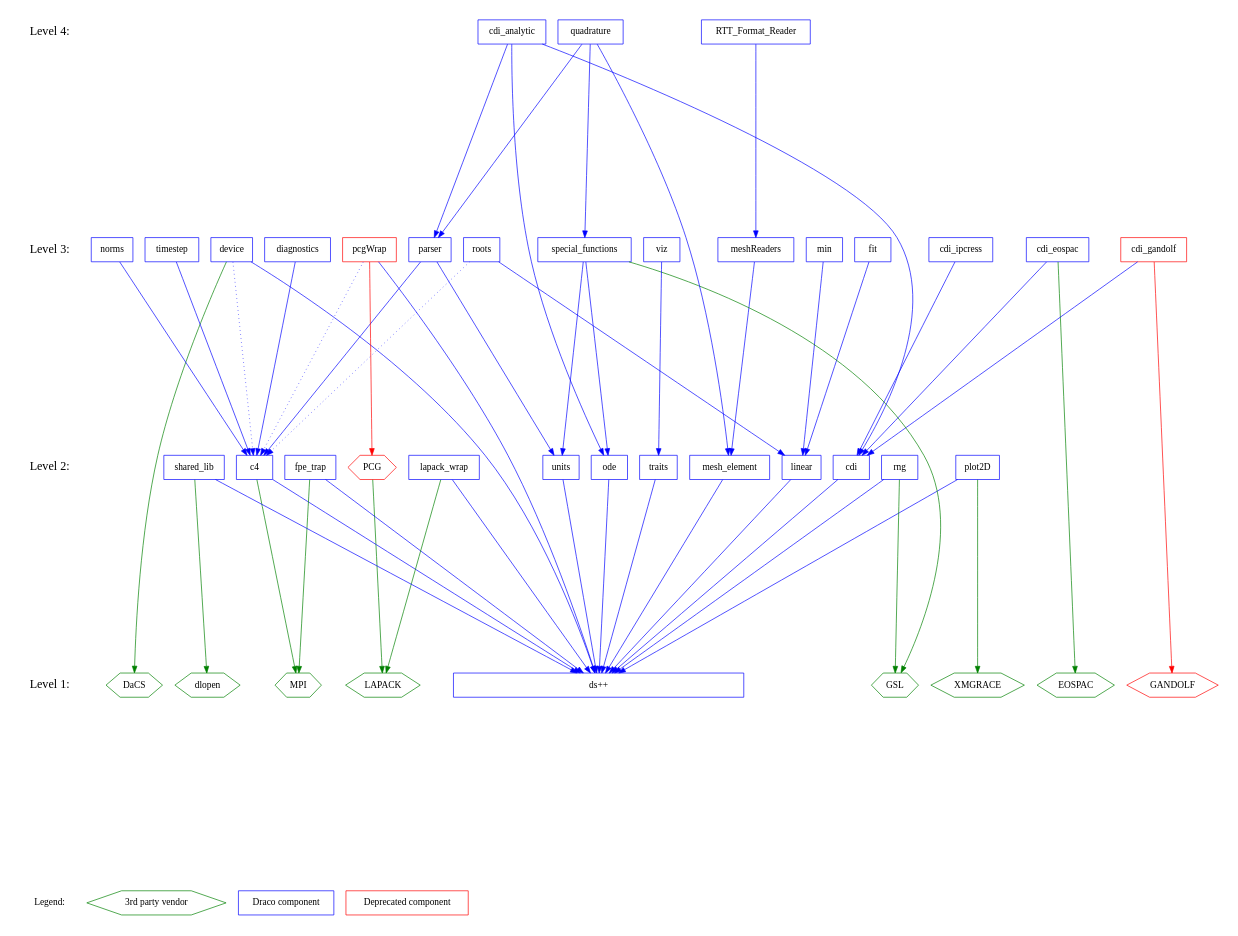
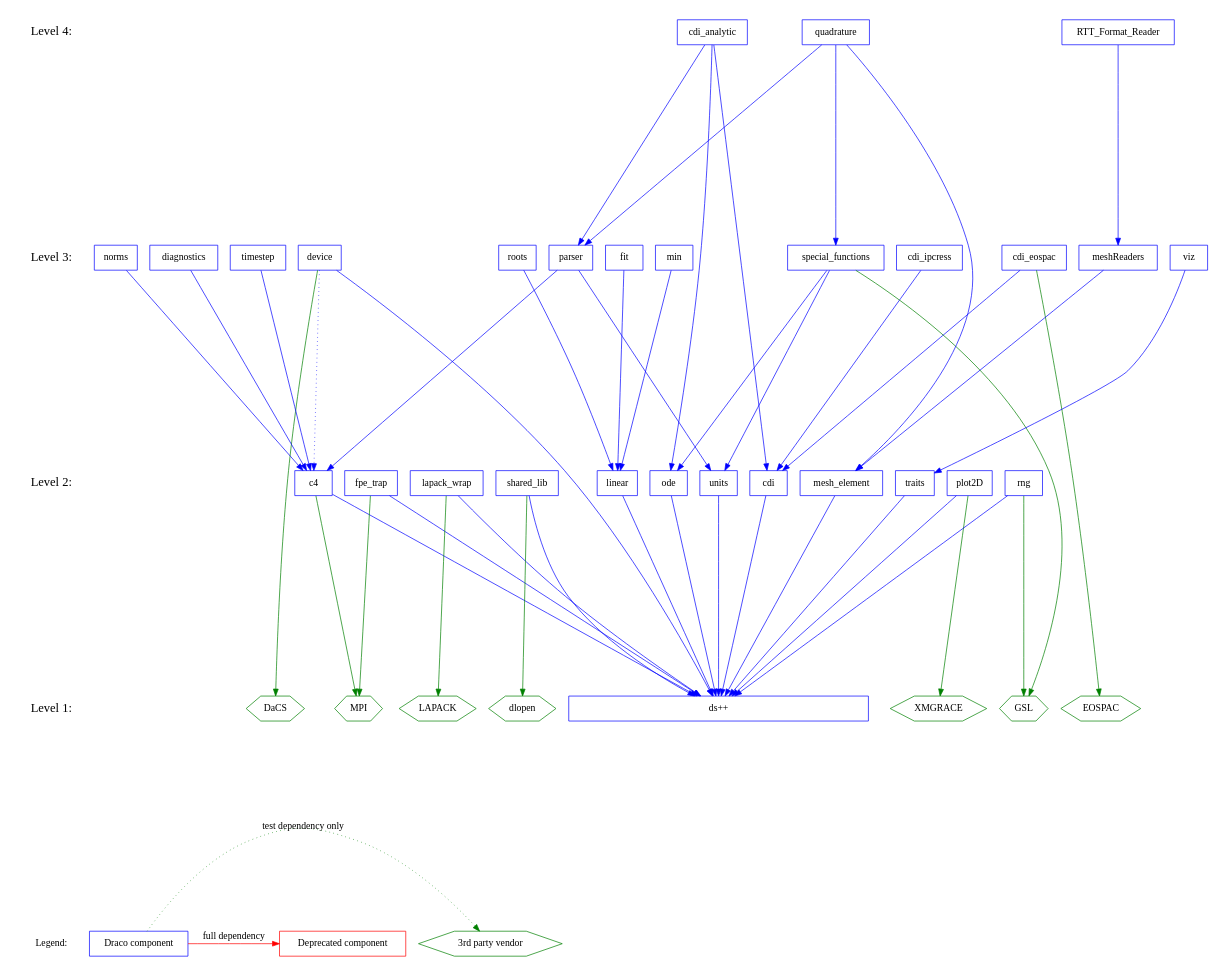
Before and after one commit to warsa/Draco: the diagram in doc/design/level.dot, drawn with Graphviz. The commit also changed 69 other files, not shown here.

```diff
--- a/doc/design/level.dot
+++ b/doc/design/level.dot
@@ -1,141 +1,134 @@
 digraph draco_level {
     /* graph attributes */
     center=1;
     size="7.5,10";
     ranksep=4;
     
     /* levels */
     legend [shape=plaintext, label="Legend:", fontsize=14];
     level1 [shape=plaintext, label="Level 1:", fontsize=18];
     level2 [shape=plaintext, label="Level 2:", fontsize=18];
     level3 [shape=plaintext, label="Level 3:", fontsize=18];
     level4 [shape=plaintext, label="Level 4:", fontsize=18];
 /*     level5 [shape=plaintext, label="Level 5:", fontsize=18]; */
 /*    level6 [shape=plaintext, label="Level 6:", fontsize=18]; */
     
     /* level6 -> level5 -> */
     level4 -> level3 -> level2 -> level1 -> legend [style=invis];
     
     /* packages */
 
     /* legend */
     leg_vendor [shape=box, label="3rd party vendor", color=green, shape=hexagon];
     leg_draco  [shape=box, label="Draco component",  color=blue,  shape=box ];
     leg_depre  [shape=box, label="Deprecated component", color=red,  shape=box ];
 
     /* level 1 */
     vdlopen    [shape=hexagon, color=green, label="dlopen"];
     veospac    [shape=hexagon, color=green, label="EOSPAC"];
-    vgandolf   [shape=hexagon, color=red  , label="GANDOLF"];
     vgrace     [shape=hexagon, color=green, label="XMGRACE"];
     vlapack    [shape=hexagon, color=green, label="LAPACK"];
     vmpi       [shape=hexagon, color=green, label="MPI"];
     vdacs      [shape=hexagon, color=green, label="DaCS"];
         
     dsxx [shape=box, color=blue, label="ds++", width=6];
     
     /* level 2 */
     vgsl       [shape=hexagon, color=green, label="GSL"];
-    vpcg       [shape=hexagon, color=red, label="PCG"];
 
     c4         [shape=box, color=blue, label="c4"];
     cdi        [shape=box, color=blue, label="cdi"];
     fpetrap    [shape=box, color=blue, label="fpe_trap"];
     lapack     [shape=box, color=blue, label="lapack_wrap"];
     linear     [shape=box, color=blue, label="linear"];
     meshelement [shape=box, color=blue, label="mesh_element"];
     ode        [shape=box, color=blue, label="ode"];
     plot       [shape=box, color=blue, label="plot2D"];
     rng        [shape=box, color=blue, label="rng"];
     shlib      [shape=box, color=blue, label="shared_lib"];
     traits     [shape=box, color=blue, label="traits"];
     units      [shape=box, color=blue, label="units"];
         
     /* level 3 */
     device    [shape=box, color=blue, label="device"];
     cdieos    [shape=box, color=blue, label="cdi_eospac"];
-    cdigan    [shape=box, color=red, label="cdi_gandolf"];
     cdiip     [shape=box, color=blue, label="cdi_ipcress"];
     diagnostics [shape=box, color=blue, label="diagnostics"];
     fit       [shape=box, color=blue, label="fit"];
     meshread  [shape=box, color=blue, label="meshReaders"];
     min       [shape=box, color=blue, label="min"];
     norms     [shape=box, color=blue, label="norms"];
     parser    [shape=box, color=blue, label="parser"];
-    pcg       [shape=box, color=red, label="pcgWrap"];
     roots     [shape=box, color=blue, label="roots"];
     sf        [shape=box, color=blue, label="special_functions"];
     timestep  [shape=box, color=blue, label="timestep"];
     viz       [shape=box, color=blue, label="viz"];
     
     /* level 4 */
     cdianal   [shape=box, color=blue, label="cdi_analytic"];
     quad      [shape=box, color=blue, label="quadrature"];
     rttread   [shape=box, color=blue, label="RTT_Format_Reader"];
     
     /* dependencies */
     {rank=same; legend leg_vendor leg_draco leg_depre};
-    {rank=same; level1 dsxx vlapack vmpi veospac vgandolf vgrace vdlopen vgsl vdacs};
-    {rank=same; level2 shlib plot lapack traits c4 fpetrap units cdi vpcg ode linear};
-    {rank=same; level3 viz timestep cdieos cdigan pcg meshread parser sf};
+    {rank=same; level1 dsxx vlapack vmpi veospac vgrace vdlopen vgsl vdacs};
+    {rank=same; level2 shlib plot lapack traits c4 fpetrap units cdi ode linear};
+    {rank=same; level3 viz timestep cdieos meshread parser sf};
     {rank=same; level4 rttread quad};
+
+
+    leg_draco -> {leg_vendor} [color=green, style=dotted, label="test dependency only"];
+    leg_draco -> {leg_depre} [color=red, label="full dependency"];
     
     /* draco packages */
 
     /* NOTE:  hidden dependencies are in comments at the end of each line.
      * For example if a package depends on c4 it implicitly depends on dsxx
      * as well.  The dependency on dsxx is not shown explicitly on the
      * graph. 
     
     /* level 2 */
     c4          -> {dsxx}        [color=blue];
     c4          -> {vmpi}        [color=green];
     cdi         -> {dsxx}        [color=blue];
     fpetrap     -> {dsxx}        [color=blue];
     fpetrap     -> {vmpi}        [color=green];
     lapack      -> {dsxx}        [color=blue];
     lapack      -> {vlapack}     [color=green];
     linear      -> {dsxx}        [color=blue];
     meshelement -> {dsxx}        [color=blue];
     ode         -> {dsxx}        [color=blue];
     plot        -> {dsxx}        [color=blue];
     plot        -> {vgrace}      [color=green];
     rng         -> {dsxx}        [color=blue];
     rng         -> {vgsl}        [color=green];
     shlib       -> {dsxx}        [color=blue];
     shlib       -> {vdlopen}     [color=green];
     traits      -> {dsxx}        [color=blue];
     units       -> {dsxx}        [color=blue];
-    vpcg        -> {vlapack}     [color=green];
     
     /* level 3 */
     device      -> {dsxx}        [color=blue];
     device      -> {c4}          [color=blue, style=dotted];
     device      -> {vdacs}       [color=green];
     cdieos      -> {cdi}         [color=blue];
     cdieos      -> {veospac}     [color=green]; 
-    cdigan      -> {cdi}         [color=blue]; 
-    cdigan      -> {vgandolf}    [color=red];
     cdiip       -> {cdi}         [color=blue];
     diagnostics -> {c4}          [color=blue];
     fit         -> {linear}      [color=blue];
     meshread    -> {meshelement} [color=blue];
     min         -> {linear}      [color=blue];
     norms       -> {c4}          [color=blue];
     parser      -> {c4 units}    [color=blue];
-    pcg         -> {c4}          [color=blue style=dotted];
-    pcg         -> {dsxx}        [color=blue];
-    pcg         -> {vpcg}        [color=red];
     roots       -> {linear}      [color=blue];
-    roots       -> {c4}          [color=blue, style=dotted];
     sf          -> {units ode}   [color=blue];
     sf          -> {vgsl}        [color=green];
     timestep    -> {c4}          [color=blue];
     viz         -> {traits}      [color=blue];
 
     /* level 4 */
     cdianal     -> {parser cdi ode}        [color=blue];
     quad        -> {sf meshelement parser} [color=blue];
     rttread     -> {meshread}              [color=blue];
 
 }
```
